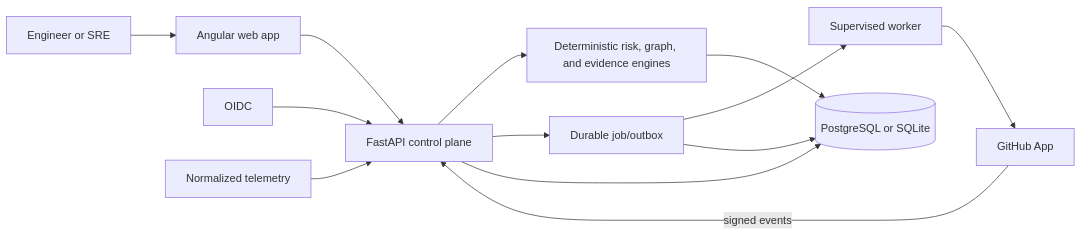
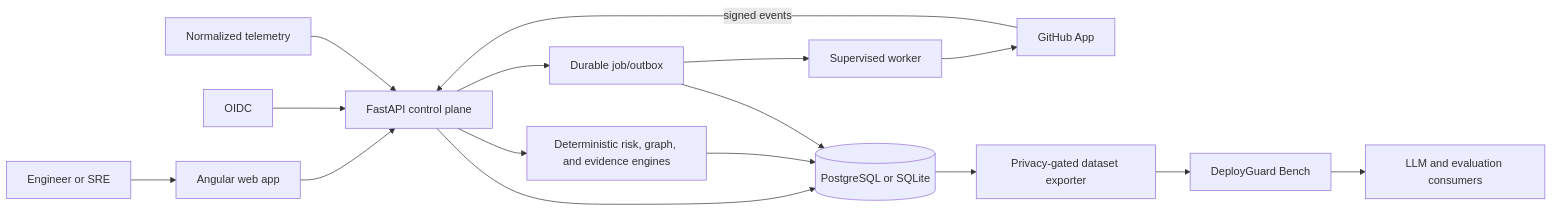
One commit to kingggg5/deployguardai changed the diagram in README.md. Above: the diagram before and after it, drawn with Mermaid. The commit also changed other lines of this file and 22 other files, not shown here.

Commit message:
feat: establish DeployGuard Bench dataset foundation

````diff
--- a/README.md
+++ b/README.md
@@ -86,15 +105,18 @@
 ```mermaid
 flowchart LR
     User["Engineer or SRE"] --> Web["Angular web app"]
     Web --> API["FastAPI control plane"]
     GitHub["GitHub App"] -->|"signed events"| API
     OIDC["OIDC"] --> API
     Telemetry["Normalized telemetry"] --> API
     API --> Engines["Deterministic risk, graph, and evidence engines"]
     API --> Jobs["Durable job/outbox"]
     Jobs --> Worker["Supervised worker"]
     Worker --> GitHub
     API --> DB[("PostgreSQL or SQLite")]
     Engines --> DB
     Jobs --> DB
+    DB --> Export["Privacy-gated dataset exporter"]
+    Export --> Bench["DeployGuard Bench"]
+    Bench --> AI["LLM and evaluation consumers"]
 ```
````
